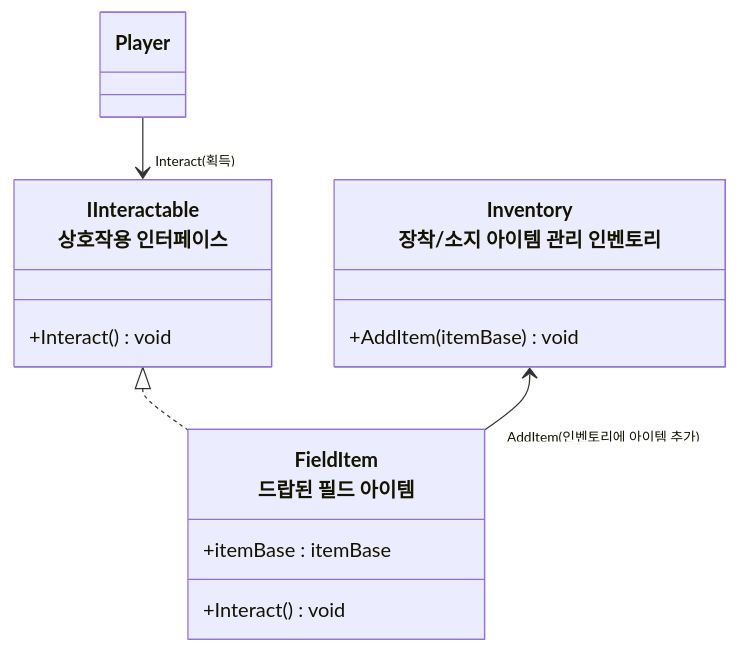
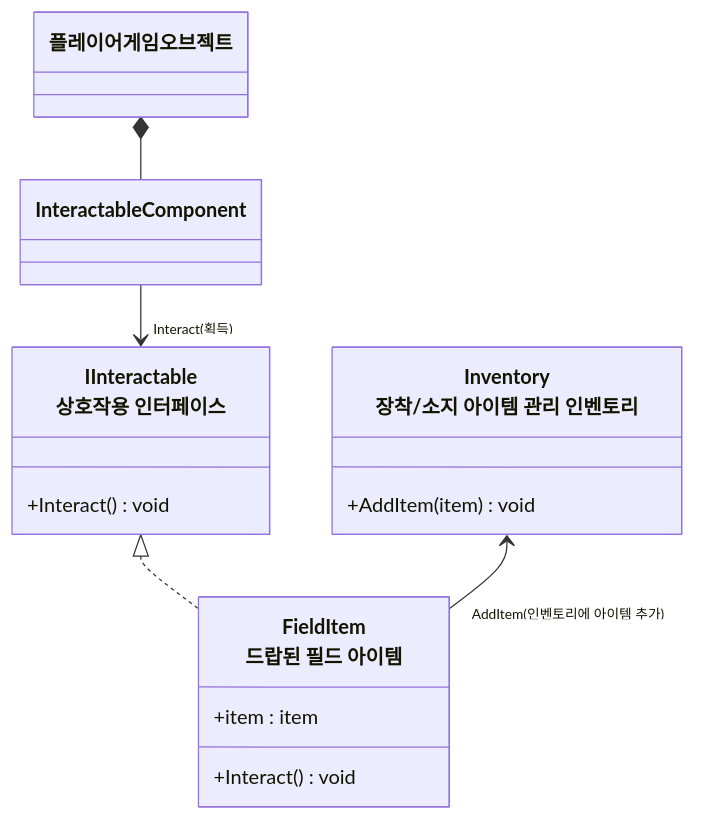
The second of 2 diagrams in README/아이템,인벤토리_설계.md (JIN5EOK/DungeonShooter), drawn with Mermaid before and after one commit. The commit also changed other lines of this file, not shown here.

````diff
--- a/README/아이템,인벤토리_설계.md
+++ b/README/아이템,인벤토리_설계.md
@@ -77,19 +77,20 @@
 ```mermaid
 classDiagram
-    Player --> "Interact(획득)" IInteractable
+	플레이어게임오브젝트 *-- InteractableComponent
+    InteractableComponent --> "Interact(획득)" IInteractable
     IInteractable <|.. FieldItem
     Inventory <-- "AddItem(인벤토리에 아이템 추가)" FieldItem
 
     class Inventory["Inventory<br>장착/소지 아이템 관리 인벤토리"]{
-        +AddItem(itemBase) void
+        +AddItem(item) void
     }
 
     class IInteractable["IInteractable<br>상호작용 인터페이스"]{
         +Interact() void
     }
 
     class FieldItem["FieldItem<br>드랍된 필드 아이템"]{
-        +itemBase : itemBase
+        +item : item
         +Interact() void
     }
 ```
````
